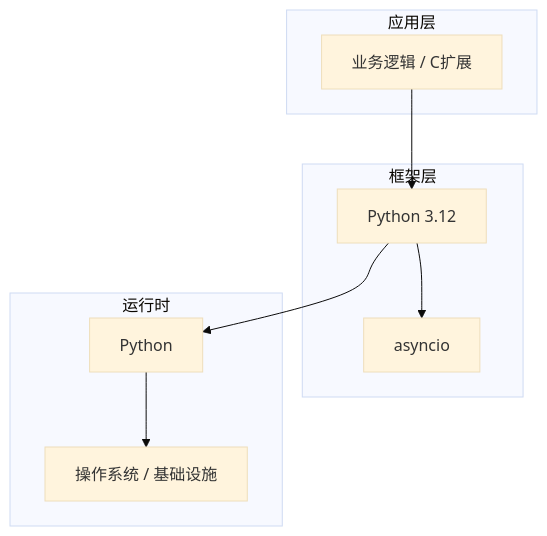
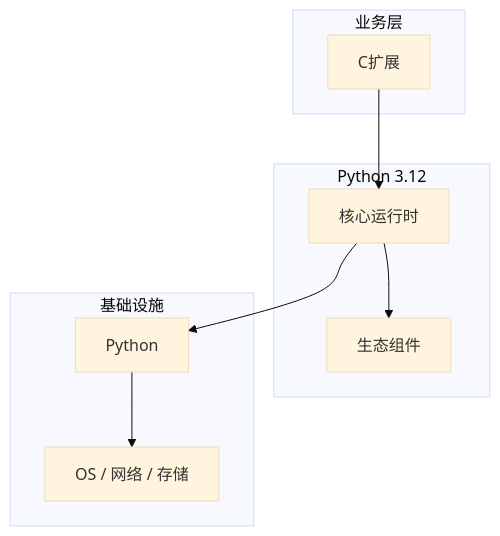
The diagram in articles/Python高级/chapters/057-C扩展核心概念与原理.md (yanggan2015/knowledge-json-v2), drawn with Mermaid (base theme) before and after one commit. The commit also changed other lines of this file and 10127 other files, not shown here.

````diff
--- a/articles/Python高级/chapters/057-C扩展核心概念与原理.md
+++ b/articles/Python高级/chapters/057-C扩展核心概念与原理.md
@@ -45,18 +34,18 @@
 ```mermaid
 graph TB
-    subgraph 应用层
-        A[业务逻辑 / C扩展]
+    subgraph 业务层
+        A[C扩展]
     end
-    subgraph 框架层
-        B[Python 3.12]
-        C[asyncio]
+    subgraph Python 3.12
+        B[核心运行时]
+        C[生态组件]
     end
-    subgraph 运行时
+    subgraph 基础设施
         D[Python]
-        E[操作系统 / 基础设施]
+        E[OS / 网络 / 存储]
     end
     A --> B
     B --> C
     B --> D
     D --> E
 ```
````
